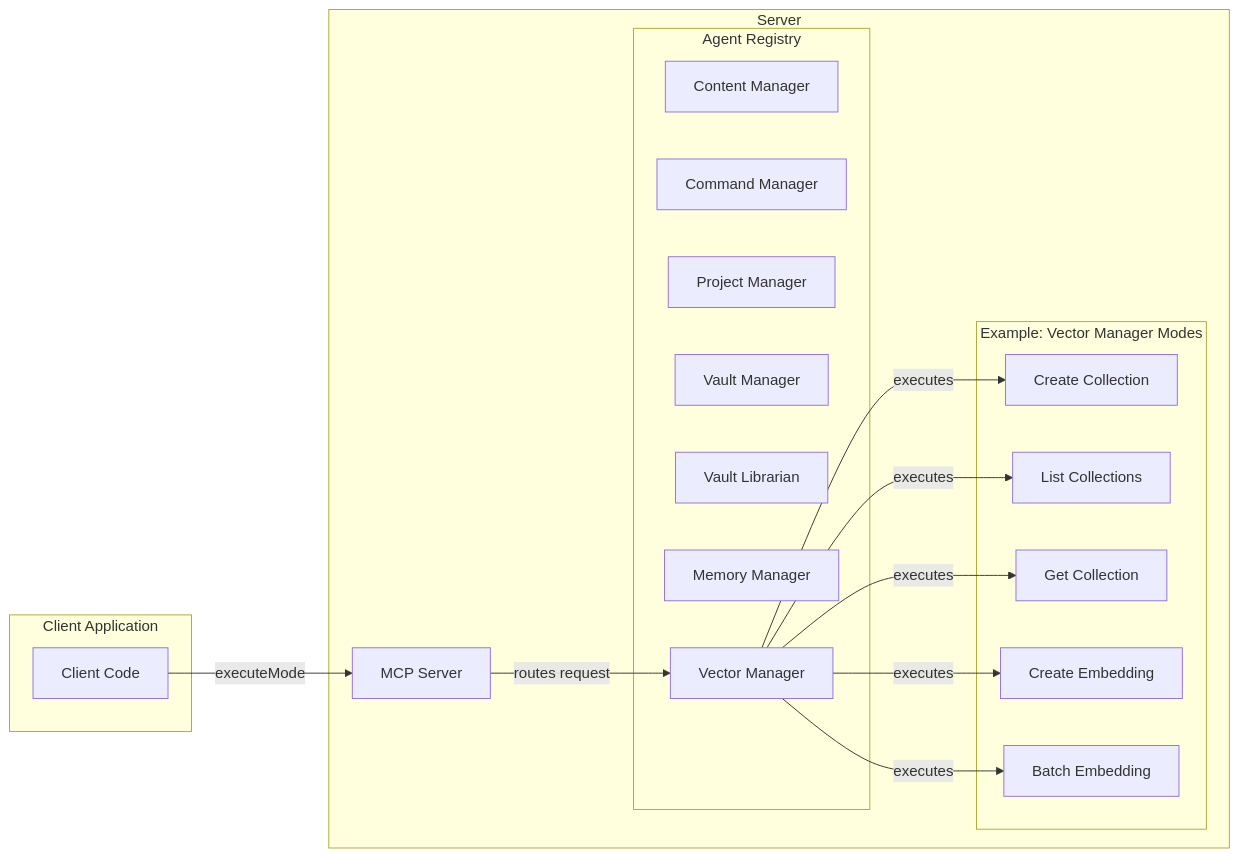
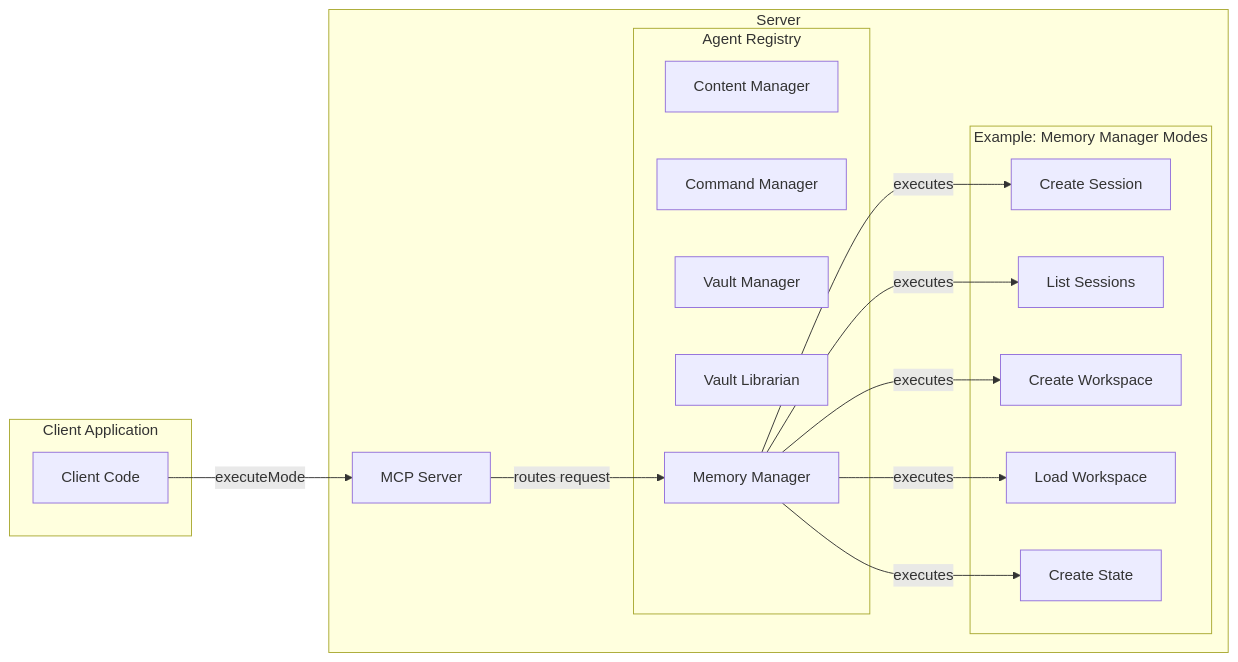
One commit to ProfSynapse/claudesidian-mcp changed the second of 2 diagrams in README.md. Above: the diagram before and after it, drawn with Mermaid. The commit also changed other lines of this file and 29 other files, not shown here.

First line of the commit message:
Refactor: Remove VectorManager and related embedding modes

````diff
--- a/README.md
+++ b/README.md
@@ -353,35 +329,33 @@
 ```mermaid
 flowchart LR
     subgraph "Client Application"
         Client[Client Code]
     end
     
     subgraph "Server"
         MCPServer[MCP Server]
         subgraph "Agent Registry"
             ContentManager[Content Manager]
             CommandManager[Command Manager]
-            ProjectManager[Project Manager]
             VaultManager[Vault Manager]
             VaultLibrarian[Vault Librarian]
             MemoryManager[Memory Manager]
-            VectorManager[Vector Manager]
         end
         
-        subgraph "Example: Vector Manager Modes"
-            CreateCollection[Create Collection]
-            ListCollections[List Collections]
-            GetCollection[Get Collection]
-            CreateEmbedding[Create Embedding]
-            BatchEmbedding[Batch Embedding]
+        subgraph "Example: Memory Manager Modes"
+            CreateSession[Create Session]
+            ListSessions[List Sessions]
+            CreateWorkspace[Create Workspace]
+            LoadWorkspace[Load Workspace]
+            CreateState[Create State]
         end
     end
     
     Client -->|executeMode| MCPServer
-    MCPServer -->|routes request| VectorManager
-    VectorManager -->|executes| CreateCollection
-    VectorManager -->|executes| ListCollections
-    VectorManager -->|executes| GetCollection
-    VectorManager -->|executes| CreateEmbedding
-    VectorManager -->|executes| BatchEmbedding
+    MCPServer -->|routes request| MemoryManager
+    MemoryManager -->|executes| CreateSession
+    MemoryManager -->|executes| ListSessions
+    MemoryManager -->|executes| CreateWorkspace
+    MemoryManager -->|executes| LoadWorkspace
+    MemoryManager -->|executes| CreateState
 ```
````
